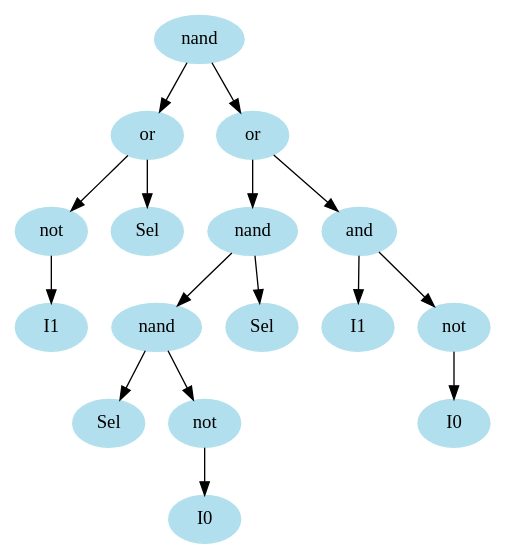
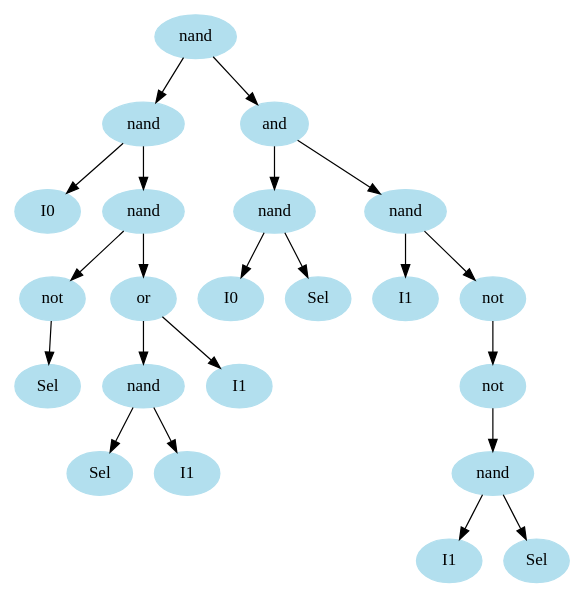
Before and after one commit to king2b3/GP: the diagram in Final_AST.gv, drawn with Graphviz. The commit also changed 6 other files, not shown here.

```diff
--- a/Final_AST.gv
+++ b/Final_AST.gv
@@ -1,35 +1,47 @@
 digraph unix {
 	node [color=lightblue2 style=filled]
 	size="6,6"
 	gate_0 [label=nand]
-	gate_1 [label=or]
-	gate_2 [label=not]
-	ins_0 [label=I1]
+	gate_1 [label=nand]
+	ins_0 [label=I0]
+	gate_2 [label=nand]
+	gate_3 [label=not]
 	ins_1 [label=Sel]
-	gate_3 [label=or]
-	gate_4 [label=nand]
+	gate_4 [label=or]
 	gate_5 [label=nand]
 	ins_2 [label=Sel]
-	gate_6 [label=not]
-	ins_3 [label=I0]
-	ins_4 [label=Sel]
-	gate_7 [label=and]
-	ins_5 [label=I1]
-	gate_8 [label=not]
-	ins_6 [label=I0]
+	ins_3 [label=I1]
+	ins_4 [label=I1]
+	gate_6 [label=and]
+	gate_7 [label=nand]
+	ins_5 [label=I0]
+	ins_6 [label=Sel]
+	gate_8 [label=nand]
+	ins_7 [label=I1]
+	gate_9 [label=not]
+	gate_10 [label=not]
+	gate_11 [label=nand]
+	ins_8 [label=I1]
+	ins_9 [label=Sel]
 	gate_0 -> gate_1
-	gate_0 -> gate_3
+	gate_0 -> gate_6
+	gate_1 -> ins_0
 	gate_1 -> gate_2
-	gate_1 -> ins_1
-	gate_2 -> ins_0
-	gate_3 -> gate_4
-	gate_3 -> gate_7
+	gate_2 -> gate_3
+	gate_2 -> gate_4
+	gate_3 -> ins_1
 	gate_4 -> gate_5
 	gate_4 -> ins_4
 	gate_5 -> ins_2
-	gate_5 -> gate_6
-	gate_6 -> ins_3
+	gate_5 -> ins_3
+	gate_6 -> gate_7
+	gate_6 -> gate_8
 	gate_7 -> ins_5
-	gate_7 -> gate_8
-	gate_8 -> ins_6
+	gate_7 -> ins_6
+	gate_8 -> ins_7
+	gate_8 -> gate_9
+	gate_9 -> gate_10
+	gate_10 -> gate_11
+	gate_11 -> ins_8
+	gate_11 -> ins_9
 }
```
